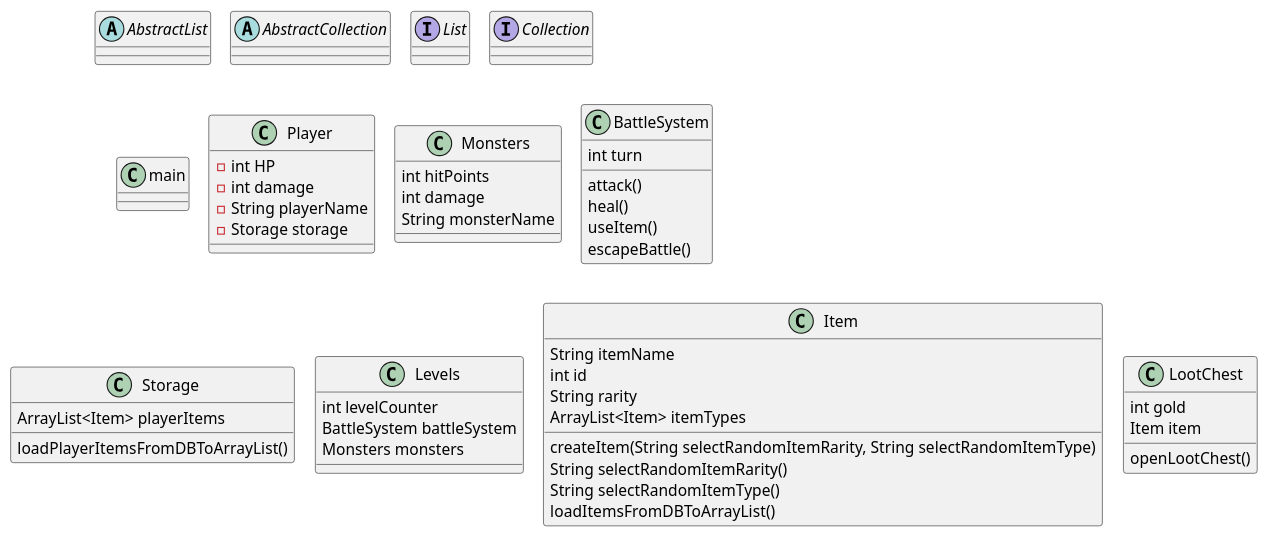
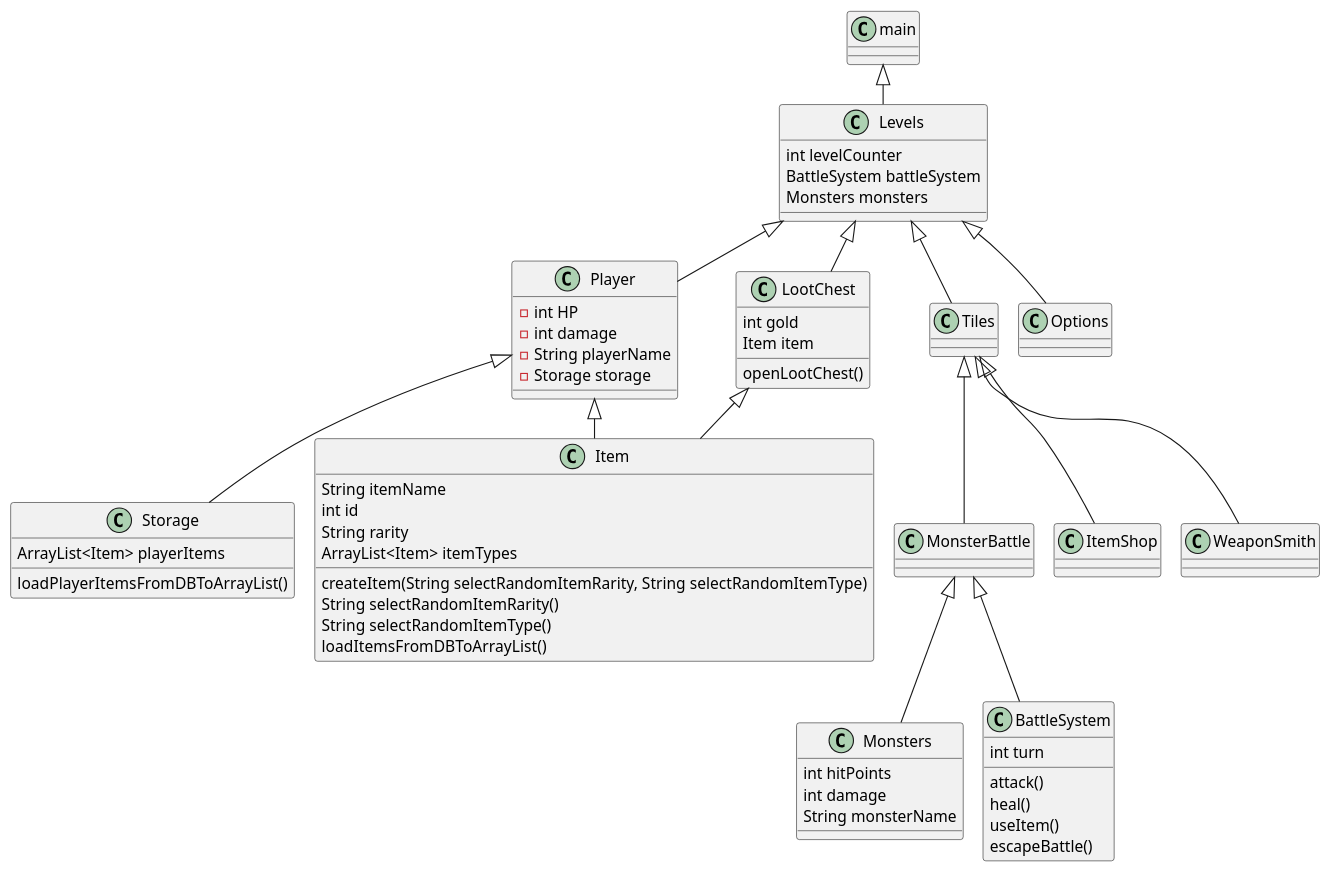
One commit to AbdullahMarwan/CPH-IceProject-DungeonCrawler changed the diagram in src/resources/uml-diagrams/Class-Diagram.puml. Above: the diagram before and after it, drawn with PlantUML.

Commit message:
More progress on PlantUML

```diff
--- a/src/resources/uml-diagrams/Class-Diagram.puml
+++ b/src/resources/uml-diagrams/Class-Diagram.puml
@@ -1,68 +1,90 @@
 @startuml
 'https://plantuml.com/class-diagram
 
-abstract class AbstractList
-abstract AbstractCollection
-interface List
-interface Collection
 !pragma layout smetana
 
 class main {
 }
 
 class Player {
 - int HP
 - int damage
 - String playerName
 - Storage storage
 }
 
 class Monsters {
 int hitPoints
 int damage
 String monsterName
 }
 
 class BattleSystem {
 int turn
 
 attack()
 heal()
 useItem()
 escapeBattle()
 }
 
 class Storage {
 ArrayList<Item> playerItems
 
 loadPlayerItemsFromDBToArrayList()
 }
 
 class Levels {
 int levelCounter
 BattleSystem battleSystem
 Monsters monsters
 }
 
 class Item {
 String itemName
 int id
 String rarity
 ArrayList<Item> itemTypes
 
 createItem(String selectRandomItemRarity, String selectRandomItemType)
 String selectRandomItemRarity()
 String selectRandomItemType()
 loadItemsFromDBToArrayList()
 }
 
 class LootChest {
 int gold
 Item item
 
 openLootChest()
 }
 
+class Tiles {
+
+}
+
+class MonsterBattle {
+}
+
+class ItemShop {
+}
+
+class Options {
+}
 
 
+main <|-- Levels
+Levels <|-- Player
+Levels <|-- Options
+Player <|-- Storage
+Player <|-- Item
+LootChest <|-- Item
+Levels <|-- LootChest
+Levels <|-- Tiles
+Tiles <|-- ItemShop
+Tiles <|-- WeaponSmith
+Tiles <|-- MonsterBattle
+MonsterBattle <|-- Monsters
+MonsterBattle <|-- BattleSystem
+
 @enduml
```
